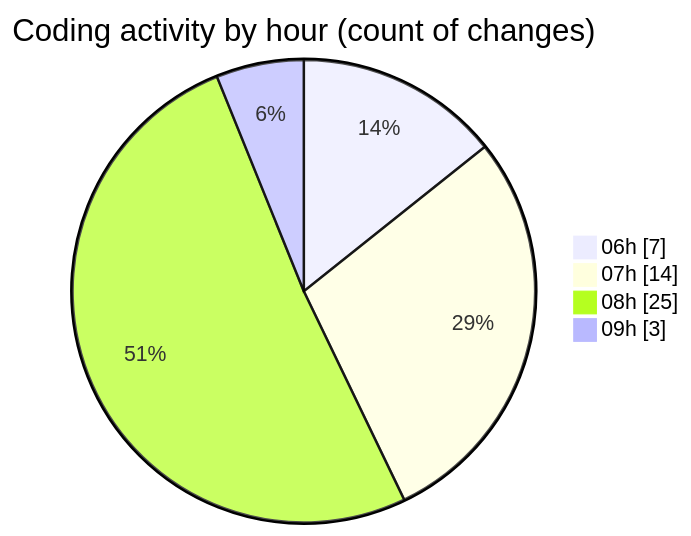
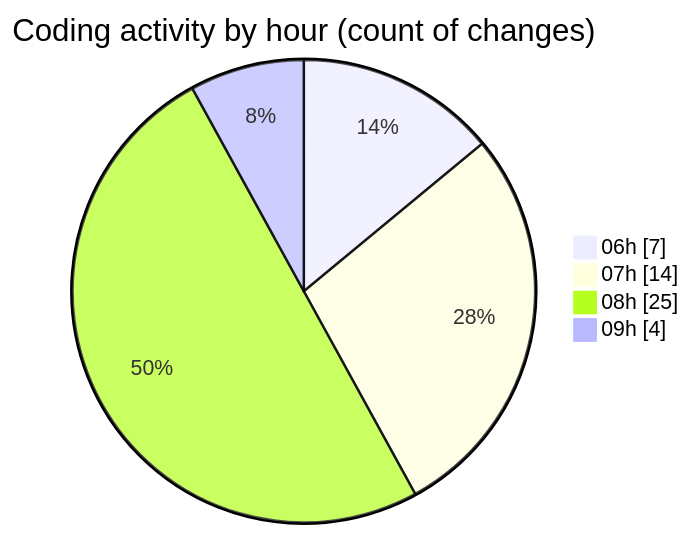
The second of 2 diagrams in 2025-04-18/zeytoon/README.md (vahidmafi/code-tracking), drawn with Mermaid before and after one commit. The commit also changed other lines of this file and 1 other file, not shown here.

````diff
--- a/2025-04-18/zeytoon/README.md
+++ b/2025-04-18/zeytoon/README.md
@@ -37,8 +37,8 @@
 ```mermaid
 pie showData
 title Coding activity by hour (count of changes)
 "06h" : 7
 "07h" : 14
 "08h" : 25
-"09h" : 3
+"09h" : 4
 ```
````
